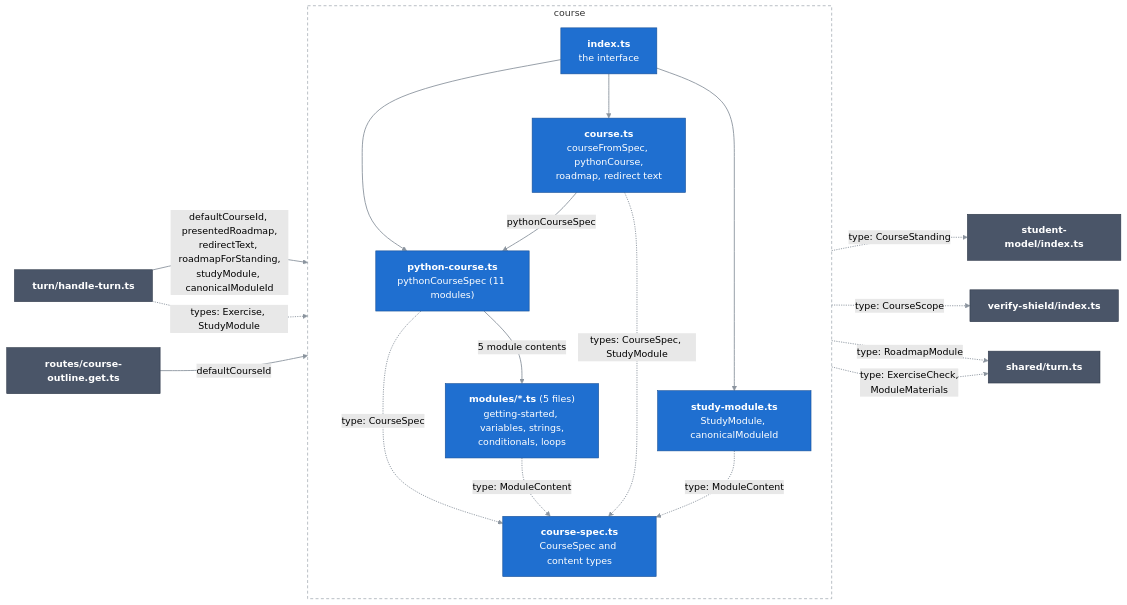
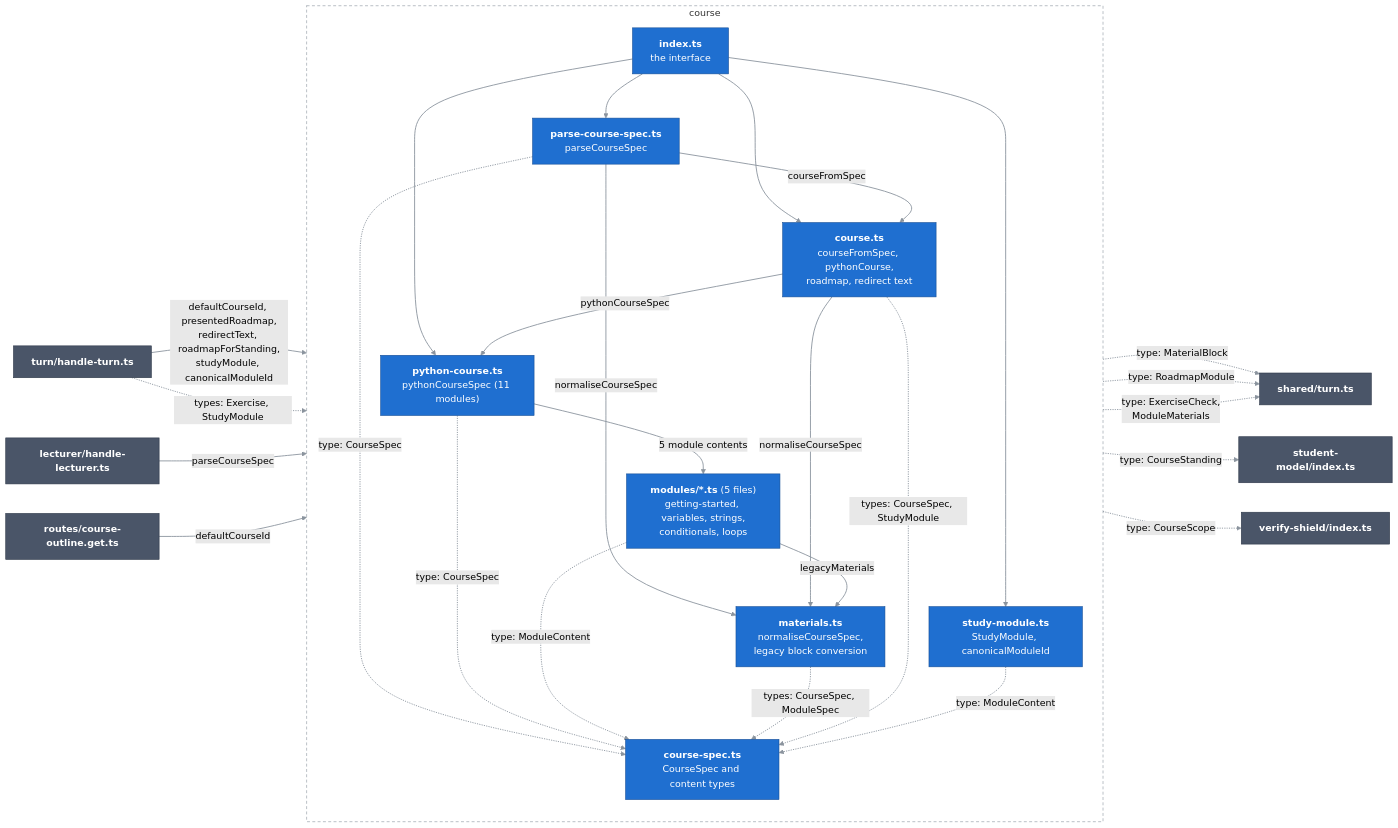
The diagram in docs/c4/03-components/server/04-course.md (Bill2926/COS40005_HN9_Verifiable_Co-Learner_Agent), drawn with Mermaid (forest theme) before and after one commit. The commit also changed other lines of this file and 20 other files, not shown here.

Commit message:
Keep a module's materials readable on a phone, including its diagram and video. (#181)

````diff
--- a/docs/c4/03-components/server/04-course.md
+++ b/docs/c4/03-components/server/04-course.md
@@ -13,41 +13,53 @@
 ```mermaid
 flowchart LR
   classDef comp fill:#1f6fd0,stroke:#164f96,color:#ffffff
   classDef near fill:#4a5568,stroke:#2d3748,color:#ffffff
   linkStyle default stroke:#8b949e,stroke-width:1.5px
 
   handleTurn["<b>turn/handle-turn.ts</b>"]:::near
+  lecturer["<b>lecturer/handle-lecturer.ts</b>"]:::near
   outline["<b>routes/course-outline.get.ts</b>"]:::near
   studentModel["<b>student-model/index.ts</b>"]:::near
   shield["<b>verify-shield/index.ts</b>"]:::near
   turnTypes["<b>shared/turn.ts</b>"]:::near
 
   subgraph course["course"]
     direction TB
     index["<b>index.ts</b><br/>the interface"]:::comp
+    parser["<b>parse-course-spec.ts</b><br/>parseCourseSpec"]:::comp
+    materialsFile["<b>materials.ts</b><br/>normaliseCourseSpec,<br/>legacy block conversion"]:::comp
     courseFile["<b>course.ts</b><br/>courseFromSpec, pythonCourse,<br/>roadmap, redirect text"]:::comp
     spec["<b>course-spec.ts</b><br/>CourseSpec and content types"]:::comp
     pythonSpec["<b>python-course.ts</b><br/>pythonCourseSpec (11 modules)"]:::comp
     studyModule["<b>study-module.ts</b><br/>StudyModule, canonicalModuleId"]:::comp
     modules["<b>modules/*.ts</b> (5 files)<br/>getting-started, variables, strings,<br/>conditionals, loops"]:::comp
   end
 
   handleTurn -->|"defaultCourseId, presentedRoadmap,<br/>redirectText, roadmapForStanding,<br/>studyModule, canonicalModuleId"| index
   handleTurn -.->|"types: Exercise, StudyModule"| index
+  lecturer -->|"parseCourseSpec"| index
   outline -->|"defaultCourseId"| index
   index --> courseFile
+  index --> parser
   index --> pythonSpec
   index --> studyModule
+  parser -->|"normaliseCourseSpec"| materialsFile
+  parser -->|"courseFromSpec"| courseFile
+  parser -.->|"type: CourseSpec"| spec
+  courseFile -->|"normaliseCourseSpec"| materialsFile
   courseFile -->|"pythonCourseSpec"| pythonSpec
   pythonSpec -->|"5 module contents"| modules
   pythonSpec -.->|"type: CourseSpec"| spec
+  modules -->|"legacyMaterials"| materialsFile
   modules -.->|"type: ModuleContent"| spec
+  materialsFile -.->|"type: MaterialBlock"| turnTypes
+  materialsFile -.->|"types: CourseSpec, ModuleSpec"| spec
   courseFile -.->|"types: CourseSpec, StudyModule"| spec
   studyModule -.->|"type: ModuleContent"| spec
   courseFile -.->|"type: CourseStanding"| studentModel
   courseFile -.->|"type: CourseScope"| shield
   courseFile -.->|"type: RoadmapModule"| turnTypes
   spec -.->|"type: ExerciseCheck,<br/>ModuleMaterials"| turnTypes
 
   style course fill:none,stroke:#8b949e,stroke-dasharray:5 4
 ```
````
